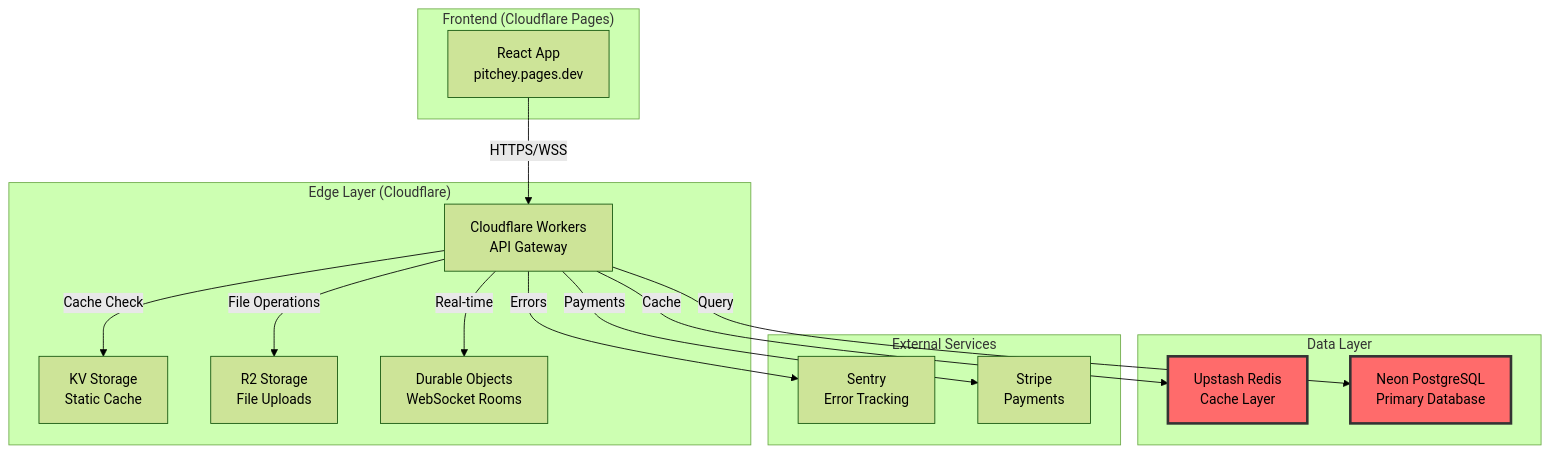
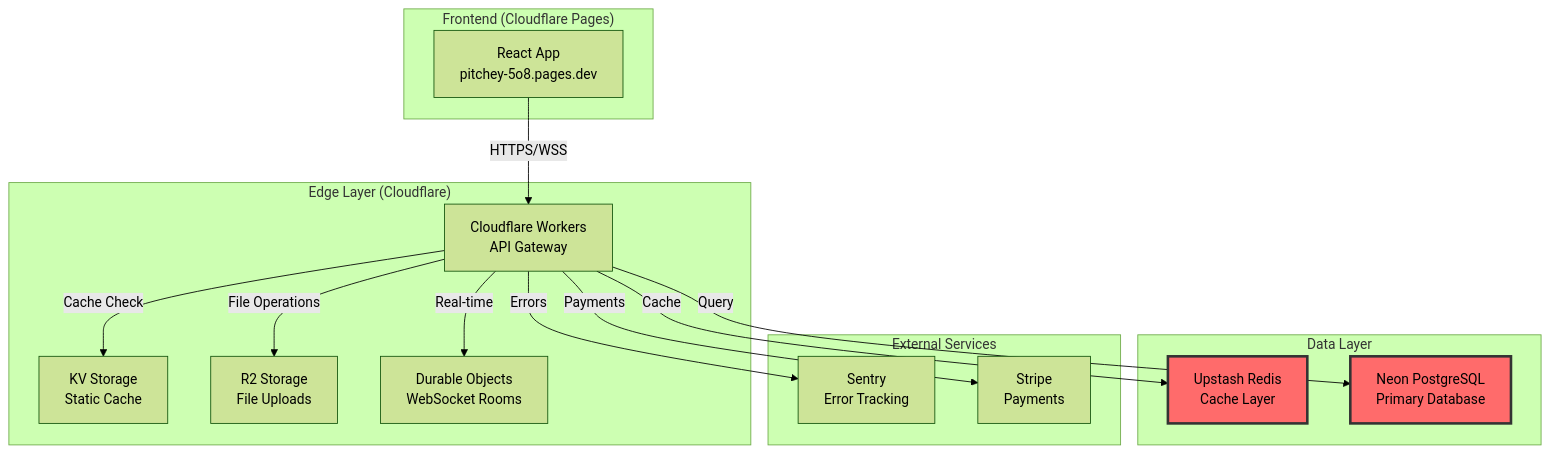
Before and after one commit to CavellTopDev/pitchey-app: the diagram in COMPONENT_HEALTH_ANALYSIS_REPORT.md, drawn with Mermaid (forest theme). The commit also changed 722 other files, not shown here.

````diff
--- a/COMPONENT_HEALTH_ANALYSIS_REPORT.md
+++ b/COMPONENT_HEALTH_ANALYSIS_REPORT.md
@@ -12,35 +12,35 @@
 ```mermaid
 graph TB
     subgraph "Frontend (Cloudflare Pages)"
-        FE[React App<br/>pitchey.pages.dev]
+        FE[React App<br/>pitchey-5o8.pages.dev]
     end
 
     subgraph "Edge Layer (Cloudflare)"
         CF[Cloudflare Workers<br/>API Gateway]
         KV[KV Storage<br/>Static Cache]
         R2[R2 Storage<br/>File Uploads]
         DO[Durable Objects<br/>WebSocket Rooms]
     end
 
     subgraph "Data Layer"
         Redis[Upstash Redis<br/>Cache Layer]
         Neon[Neon PostgreSQL<br/>Primary Database]
     end
 
     subgraph "External Services"
         Sentry[Sentry<br/>Error Tracking]
         Stripe[Stripe<br/>Payments]
     end
 
     FE -->|HTTPS/WSS| CF
     CF -->|Cache Check| KV
     CF -->|File Operations| R2
     CF -->|Real-time| DO
     CF -->|Cache| Redis
     CF -->|Query| Neon
     CF -->|Errors| Sentry
     CF -->|Payments| Stripe
 
     style Neon fill:#ff6b6b,stroke:#333,stroke-width:3px
     style Redis fill:#ff6b6b,stroke:#333,stroke-width:3px
 ```
````
